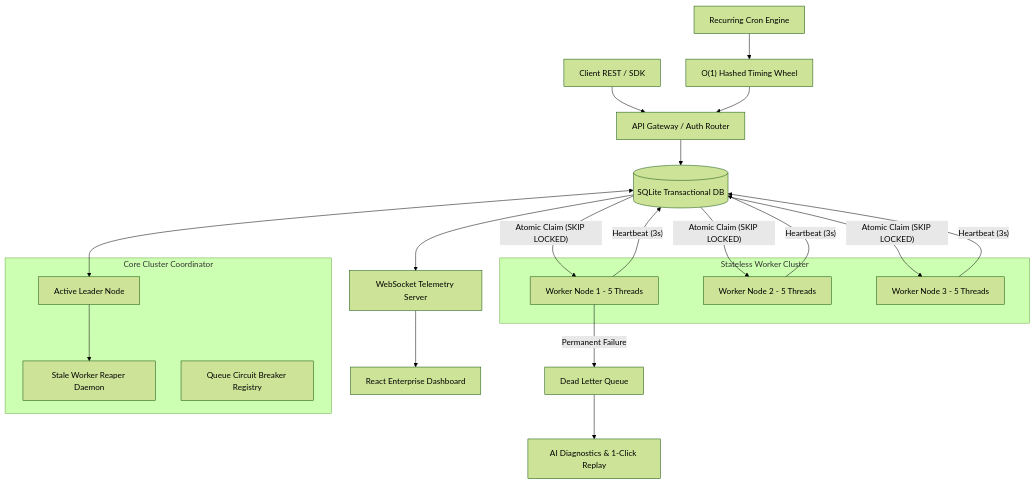
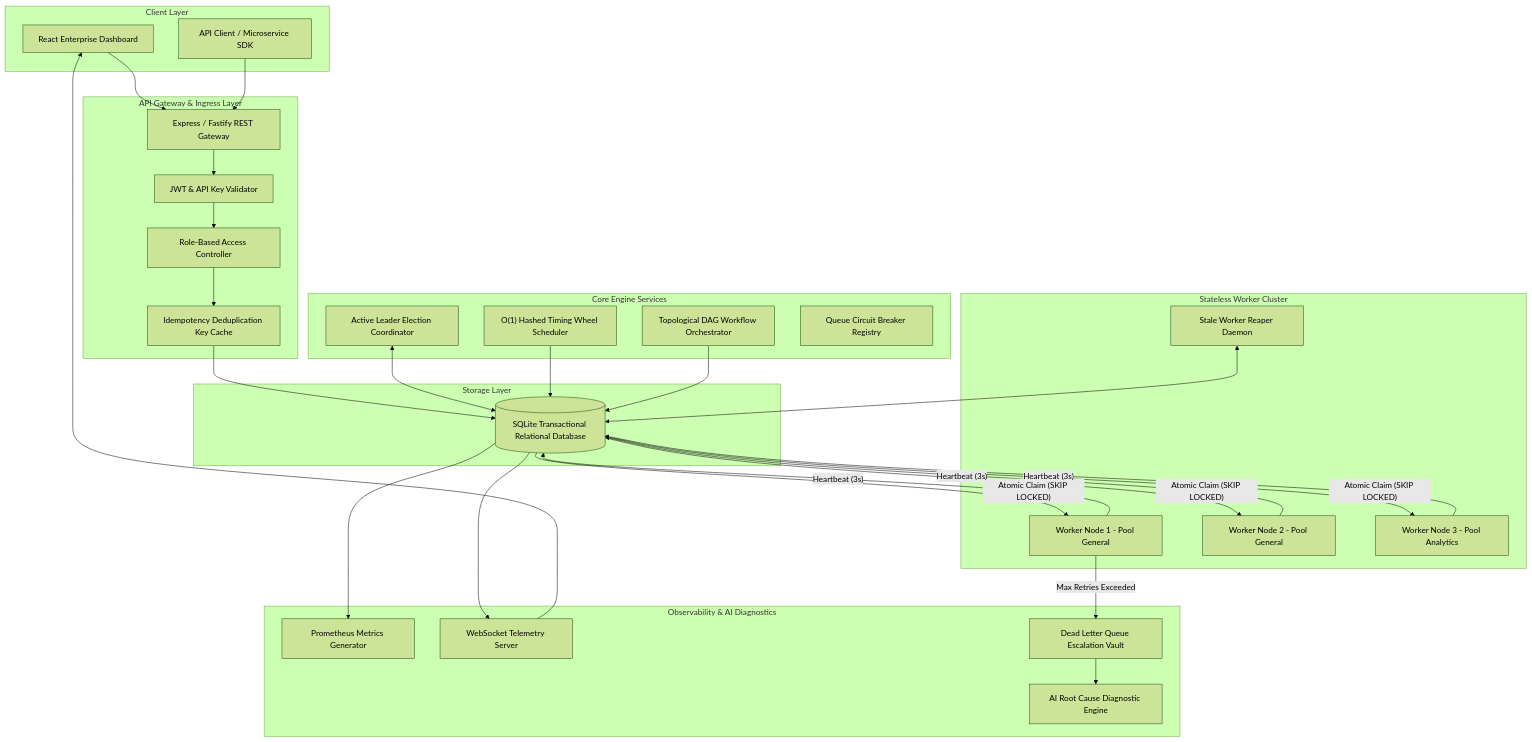
The first of 2 diagrams in README.md (Lakshman2405/distributed-job-scheduler), drawn with Mermaid (forest theme) before and after one commit. The commit also changed other lines of this file, not shown here.

Commit message:
docs: expand README.md to 550+ lines of enterprise industry-grade documentation

````diff
--- a/README.md
+++ b/README.md
@@ -45,37 +185,62 @@
 ```mermaid
 flowchart TD
-    Client["Client REST / SDK"] --> Gateway["API Gateway / Auth Router"]
-    Cron["Recurring Cron Engine"] --> TW["O(1) Hashed Timing Wheel"]
-    TW --> Gateway
+    subgraph Client Layer
+        WebUI["React Enterprise Dashboard"]
+        CLI["API Client / Microservice SDK"]
+    end
+
+    subgraph API Gateway & Ingress Layer
+        Router["Express / Fastify REST Gateway"]
+        Auth["JWT & API Key Validator"]
+        RBAC["Role-Based Access Controller"]
+        Deduper["Idempotency Deduplication Key Cache"]
+    end
+
+    subgraph Core Engine Services
+        Leader["Active Leader Election Coordinator"]
+        TimingWheel["O(1) Hashed Timing Wheel Scheduler"]
+        DAG["Topological DAG Workflow Orchestrator"]
+        CircuitBreaker["Queue Circuit Breaker Registry"]
+    end
+
+    subgraph Storage Layer
+        DB[("SQLite Transactional Relational Database")]
+    end
+
+    subgraph Stateless Worker Cluster
+        W1["Worker Node 1 - Pool General"]
+        W2["Worker Node 2 - Pool General"]
+        W3["Worker Node 3 - Pool Analytics"]
+        Reaper["Stale Worker Reaper Daemon"]
+    end
+
+    subgraph Observability & AI Diagnostics
+        Metrics["Prometheus Metrics Generator"]
+        WS["WebSocket Telemetry Server"]
+        DLQ["Dead Letter Queue Escalation Vault"]
+        AI["AI Root Cause Diagnostic Engine"]
+    end
+
+    WebUI --> Router
+    CLI --> Router
+    Router --> Auth --> RBAC --> Deduper --> DB
     
-    Gateway --> DB[("SQLite Transactional DB")]
-    
-    subgraph Core Cluster Coordinator
-        Leader["Active Leader Node"]
-        Reaper["Stale Worker Reaper Daemon"]
-        CB["Queue Circuit Breaker Registry"]
-    end
-    
-    DB <--> Leader
-    Leader --> Reaper
-    
-    subgraph Stateless Worker Cluster
-        W1["Worker Node 1 - 5 Threads"]
-        W2["Worker Node 2 - 5 Threads"]
-        W3["Worker Node 3 - 5 Threads"]
-    end
+    Leader <--> DB
+    TimingWheel --> DB
+    DAG --> DB
     
     DB -- "Atomic Claim (SKIP LOCKED)" --> W1
     DB -- "Atomic Claim (SKIP LOCKED)" --> W2
     DB -- "Atomic Claim (SKIP LOCKED)" --> W3
     
     W1 -- "Heartbeat (3s)" --> DB
     W2 -- "Heartbeat (3s)" --> DB
     W3 -- "Heartbeat (3s)" --> DB
     
-    W1 -- "Permanent Failure" --> DLQ["Dead Letter Queue"]
-    DLQ --> AI["AI Diagnostics & 1-Click Replay"]
+    Reaper <--> DB
+    W1 -- "Max Retries Exceeded" --> DLQ
+    DLQ --> AI
     
-    DB --> WS["WebSocket Telemetry Server"]
-    WS --> UI["React Enterprise Dashboard"]
+    DB --> Metrics
+    DB --> WS --> WebUI
 ```
````
